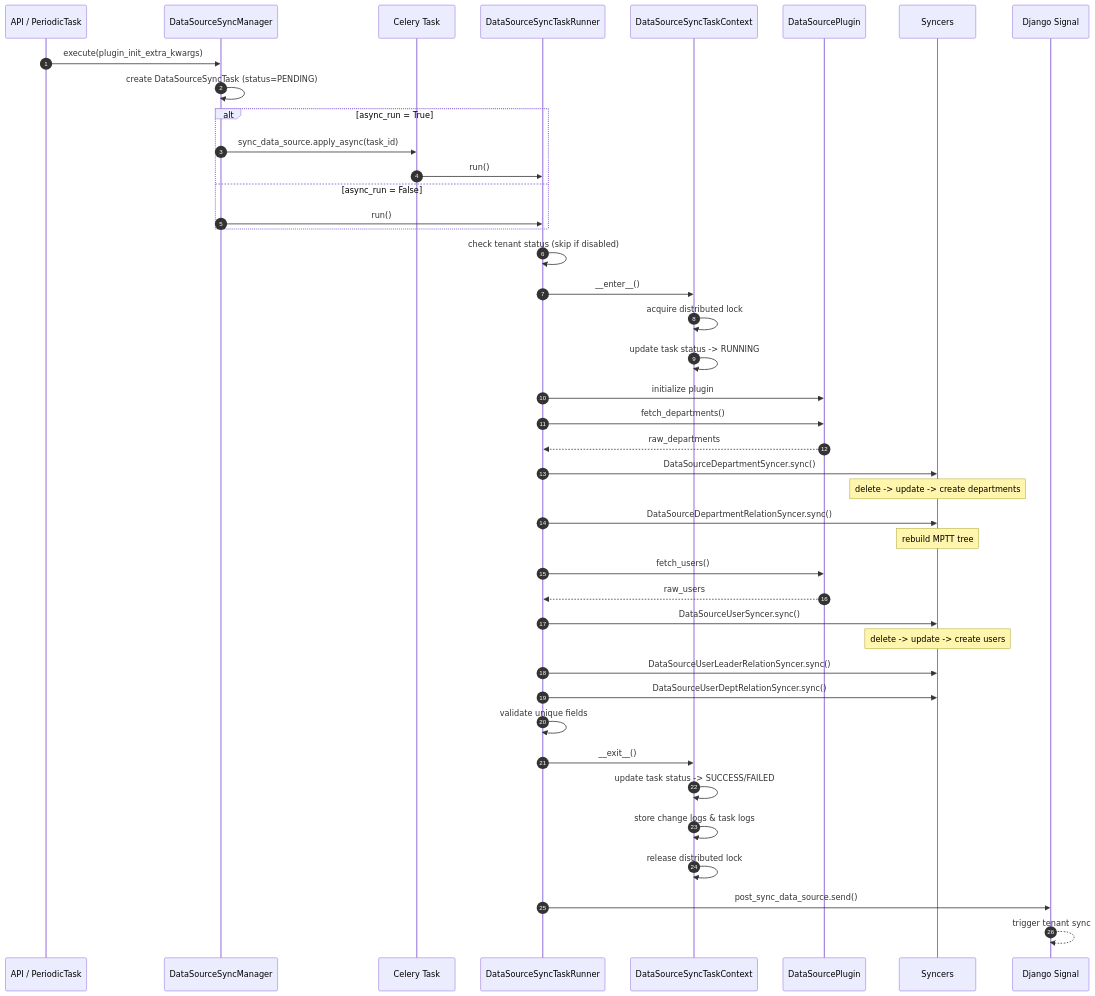
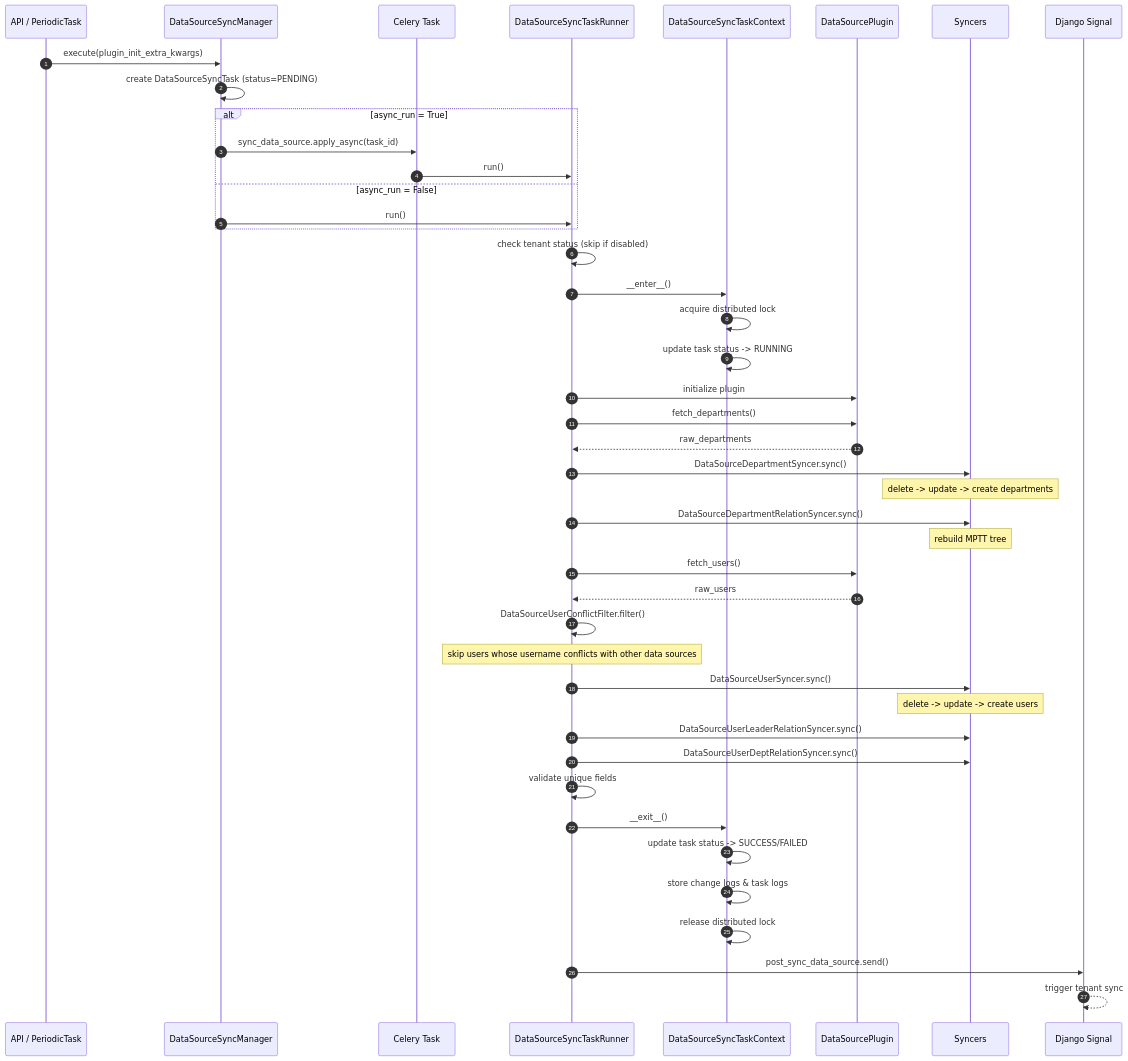
The first of 3 diagrams in src/bk-user/bkuser/apps/sync/README.md (TencentBlueKing/bk-user), drawn with Mermaid before and after one commit. The commit also changed other lines of this file and 4 other files, not shown here.

````diff
--- a/src/bk-user/bkuser/apps/sync/README.md
+++ b/src/bk-user/bkuser/apps/sync/README.md
@@ -82,54 +83,56 @@
 ```mermaid
 sequenceDiagram
     autonumber
     participant Client as API / PeriodicTask
     participant Manager as DataSourceSyncManager
     participant Task as Celery Task
     participant Runner as DataSourceSyncTaskRunner
     participant Context as DataSourceSyncTaskContext
     participant Plugin as DataSourcePlugin
     participant Syncers as Syncers
     participant Signal as Django Signal
 
     Client->>Manager: execute(plugin_init_extra_kwargs)
     Manager->>Manager: create DataSourceSyncTask (status=PENDING)
 
     alt async_run = True
         Manager->>Task: sync_data_source.apply_async(task_id)
         Task->>Runner: run()
     else async_run = False
         Manager->>Runner: run()
     end
 
     Runner->>Runner: check tenant status (skip if disabled)
     Runner->>Context: __enter__()
     Context->>Context: acquire distributed lock
     Context->>Context: update task status -> RUNNING
 
     Runner->>Plugin: initialize plugin
     Runner->>Plugin: fetch_departments()
     Plugin-->>Runner: raw_departments
 
     Runner->>Syncers: DataSourceDepartmentSyncer.sync()
     Note over Syncers: delete -> update -> create departments
     Runner->>Syncers: DataSourceDepartmentRelationSyncer.sync()
     Note over Syncers: rebuild MPTT tree
 
     Runner->>Plugin: fetch_users()
     Plugin-->>Runner: raw_users
 
+    Runner->>Runner: DataSourceUserConflictFilter.filter()
+    Note over Runner: skip users whose username conflicts with other data sources
     Runner->>Syncers: DataSourceUserSyncer.sync()
     Note over Syncers: delete -> update -> create users
     Runner->>Syncers: DataSourceUserLeaderRelationSyncer.sync()
     Runner->>Syncers: DataSourceUserDeptRelationSyncer.sync()
 
     Runner->>Runner: validate unique fields
 
     Runner->>Context: __exit__()
     Context->>Context: update task status -> SUCCESS/FAILED
     Context->>Context: store change logs & task logs
     Context->>Context: release distributed lock
 
     Runner->>Signal: post_sync_data_source.send()
     Signal-->>Signal: trigger tenant sync
 ```
````
